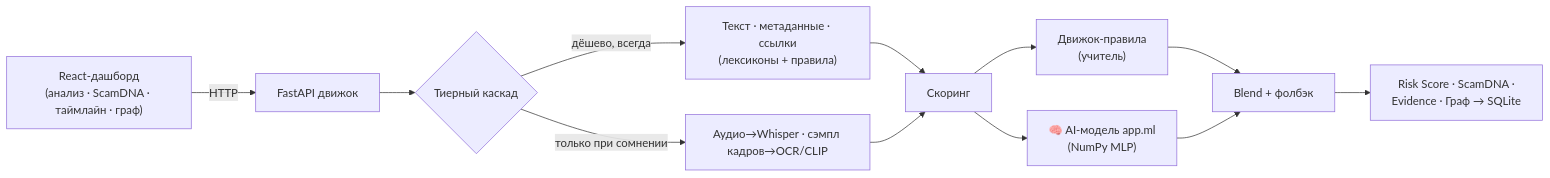
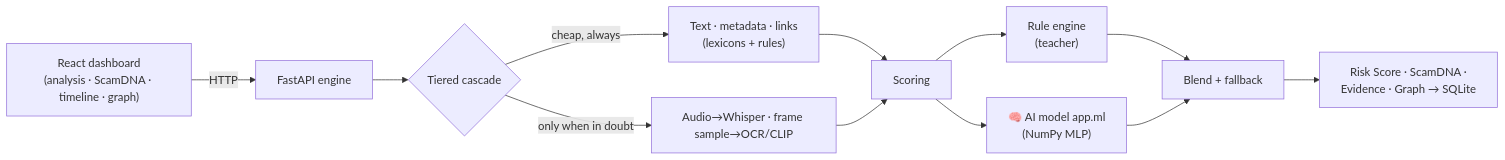
Before and after one commit to GIGABergish/AI-Media-Watch: the first of 2 diagrams in README.md, drawn with Mermaid. The commit also changed other lines of this file and 15 other files, not shown here.

````diff
--- a/README.md
+++ b/README.md
@@ -48,14 +50,14 @@
 ```mermaid
 flowchart LR
-    UI["React-дашборд<br/>(анализ · ScamDNA · таймлайн · граф)"] -->|HTTP| API["FastAPI движок"]
-    API --> CASCADE{"Тиерный каскад"}
-    CASCADE -->|"дёшево, всегда"| CHEAP["Текст · метаданные · ссылки<br/>(лексиконы + правила)"]
-    CASCADE -->|"только при сомнении"| HEAVY["Аудио→Whisper · сэмпл кадров→OCR/CLIP"]
-    CHEAP --> SCORE["Скоринг"]
+    UI["React dashboard<br/>(analysis · ScamDNA · timeline · graph)"] -->|HTTP| API["FastAPI engine"]
+    API --> CASCADE{"Tiered cascade"}
+    CASCADE -->|"cheap, always"| CHEAP["Text · metadata · links<br/>(lexicons + rules)"]
+    CASCADE -->|"only when in doubt"| HEAVY["Audio→Whisper · frame sample→OCR/CLIP"]
+    CHEAP --> SCORE["Scoring"]
     HEAVY --> SCORE
-    SCORE --> RULES["Движок-правила<br/>(учитель)"]
-    SCORE --> MODEL["🧠 AI-модель app.ml<br/>(NumPy MLP)"]
-    RULES --> BLEND["Blend + фолбэк"]
+    SCORE --> RULES["Rule engine<br/>(teacher)"]
+    SCORE --> MODEL["🧠 AI model app.ml<br/>(NumPy MLP)"]
+    RULES --> BLEND["Blend + fallback"]
     MODEL --> BLEND
-    BLEND --> OUT["Risk Score · ScamDNA ·<br/>Evidence · Граф → SQLite"]
+    BLEND --> OUT["Risk Score · ScamDNA ·<br/>Evidence · Graph → SQLite"]
 ```
````
